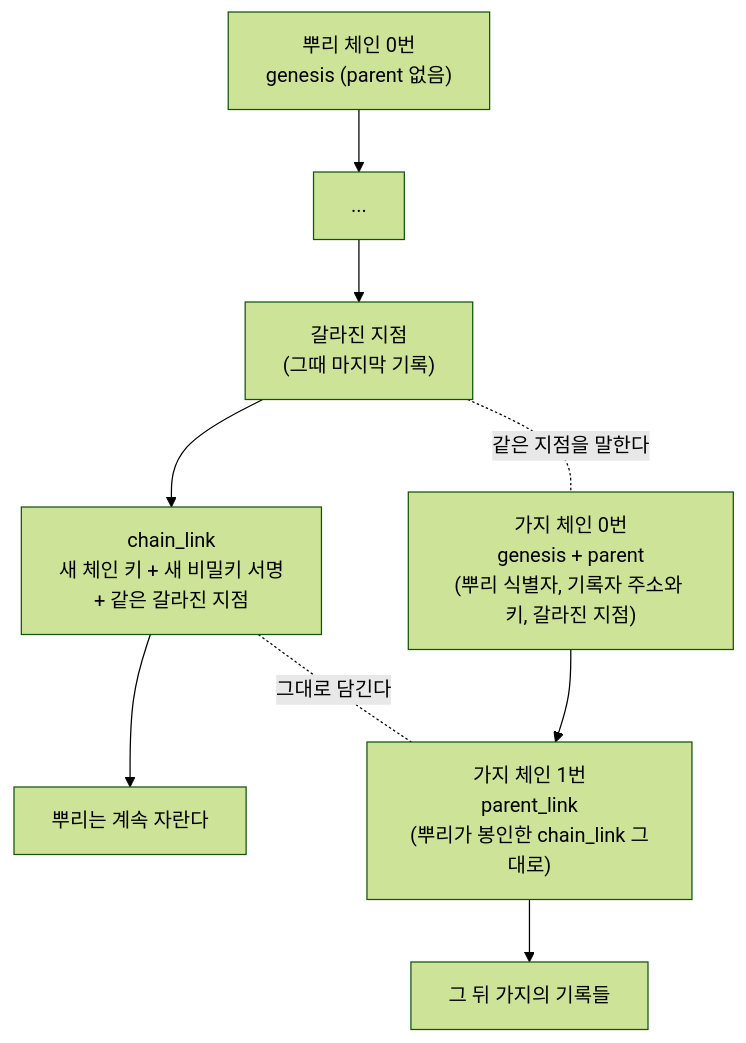
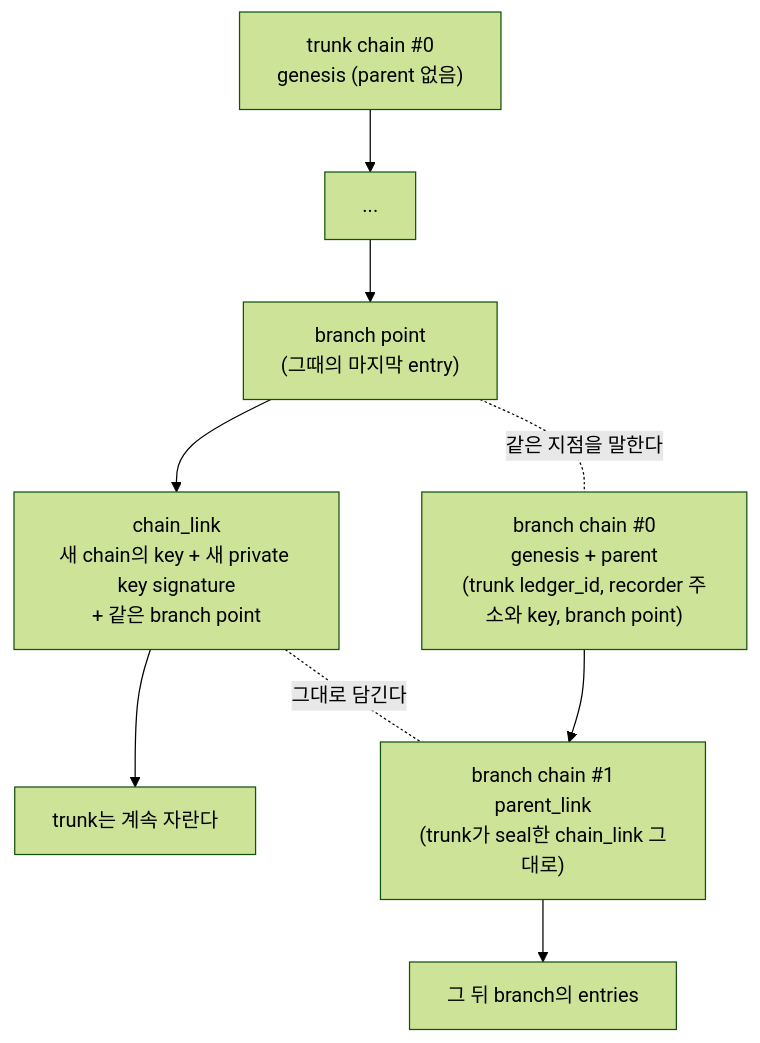
One commit to tanminkwan/share-ur-tokens changed the seventh of 31 diagrams in docs/education.md. Above: the diagram before and after it, drawn with Mermaid (forest theme). The commit also changed other lines of this file and 27 other files, not shown here.

````diff
--- a/docs/education.md
+++ b/docs/education.md
@@ -167,8 +181,8 @@
 ```mermaid
 flowchart TB
-    T0["뿌리 체인 0번<br/>genesis (parent 없음)"] --> T1["..."] --> TB["갈라진 지점<br/>(그때 마지막 기록)"] --> TL["chain_link<br/>새 체인 키 + 새 비밀키 서명<br/>+ 같은 갈라진 지점"]
-    TL --> T2["뿌리는 계속 자란다"]
-    B0["가지 체인 0번<br/>genesis + parent<br/>(뿌리 식별자, 기록자 주소와 키, 갈라진 지점)"] --> B1["가지 체인 1번<br/>parent_link<br/>(뿌리가 봉인한 chain_link 그대로)"] --> B2["그 뒤 가지의 기록들"]
+    T0["trunk chain #0<br/>genesis (parent 없음)"] --> T1["..."] --> TB["branch point<br/>(그때의 마지막 entry)"] --> TL["chain_link<br/>새 chain의 key + 새 private key signature<br/>+ 같은 branch point"]
+    TL --> T2["trunk는 계속 자란다"]
+    B0["branch chain #0<br/>genesis + parent<br/>(trunk ledger_id, recorder 주소와 key, branch point)"] --> B1["branch chain #1<br/>parent_link<br/>(trunk가 seal한 chain_link 그대로)"] --> B2["그 뒤 branch의 entries"]
     TB -. "같은 지점을 말한다" .- B0
     TL -. "그대로 담긴다" .- B1
 ```
````
